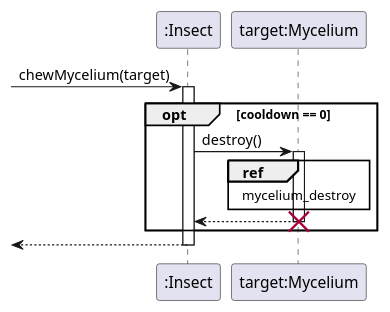
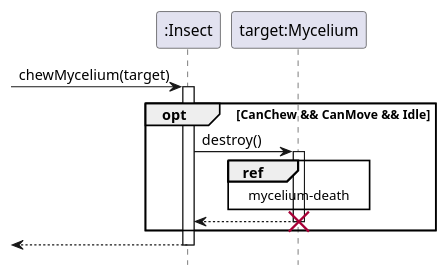
Before and after one commit to ZD4ve/projlab-error521: the diagram in Insect/chew.pu, drawn with PlantUML. The commit also changed 23 other files, not shown here.

```diff
--- a/Insect/chew.pu
+++ b/Insect/chew.pu
@@ -1,25 +1,25 @@
-@startuml
+@startuml Insect/chew
+hide footbox
 
 participant ":Insect" as insect
 participant "target:Mycelium" as target
 
 -> insect : chewMycelium(target)
 activate insect
 
-opt cooldown == 0
+opt CanChew && CanMove && Idle
     insect -> target : destroy()
     activate target
 
-    ' TODO egyeztetni a diagram nevet
     ref over target
-        mycelium_destroy
+        mycelium-death
     end ref
 
-    insect <-- target
+    return
     destroy target
 end
 
 <-- insect
 deactivate insect
 
 @enduml
```
